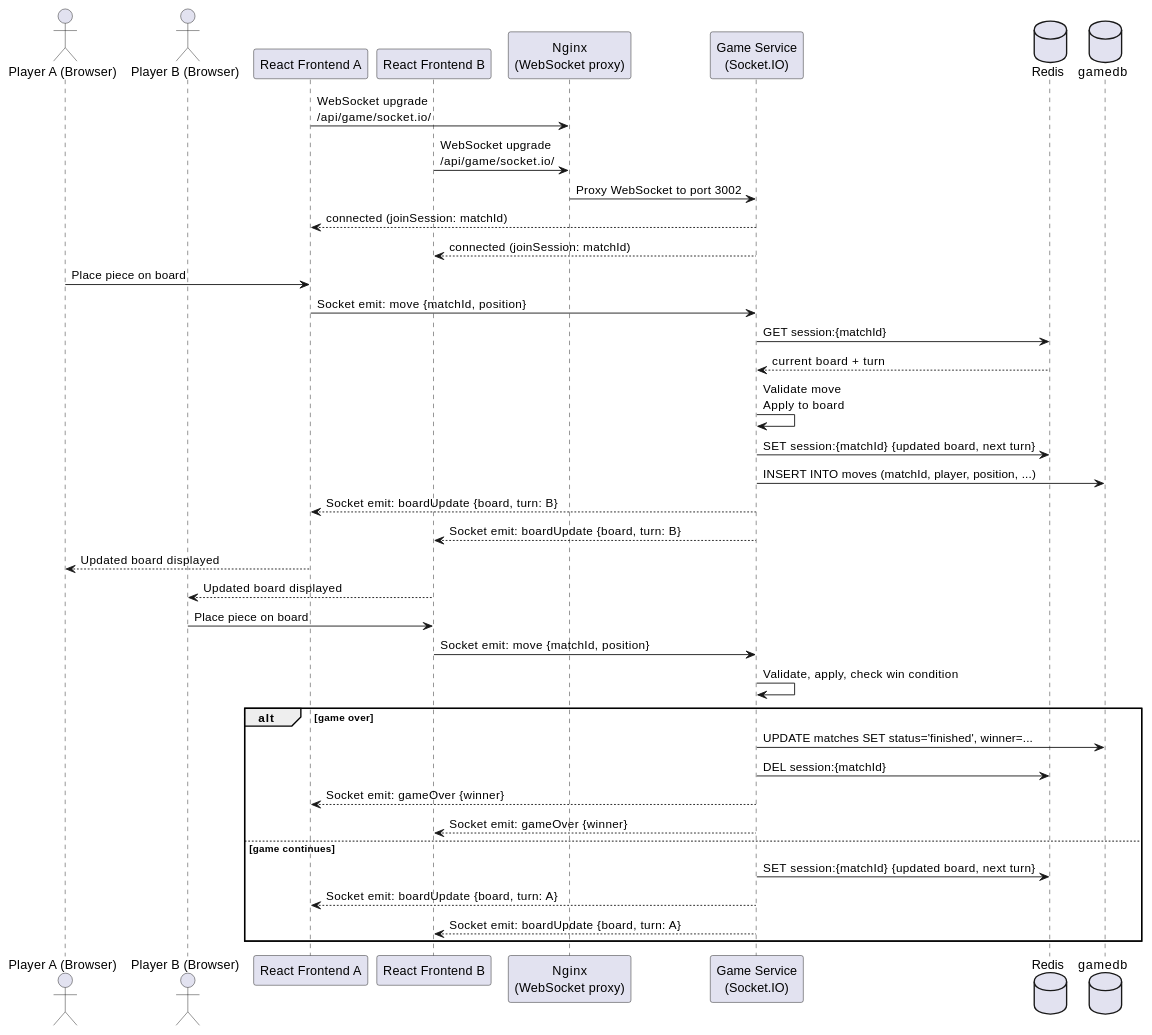
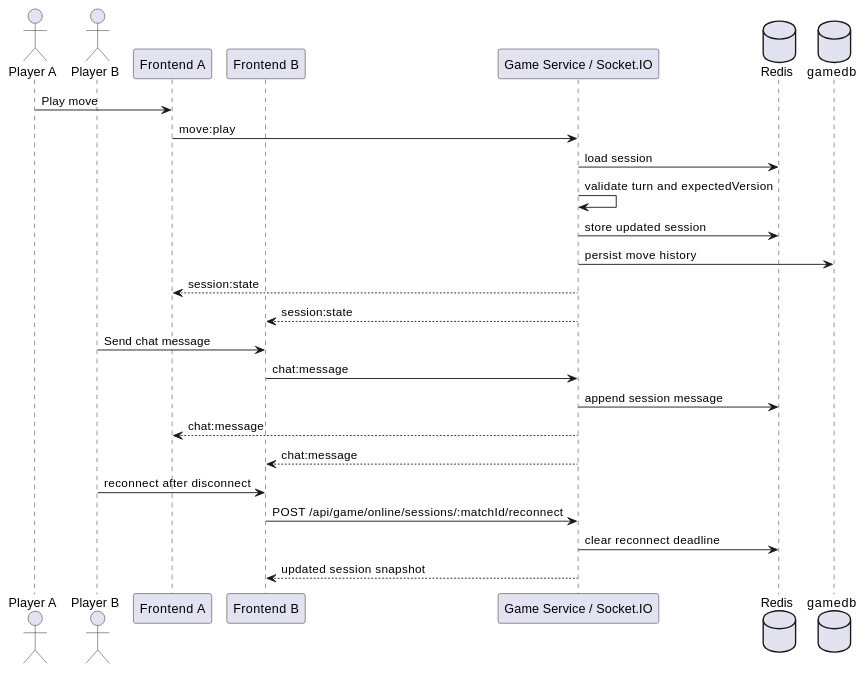
One commit to Arquisoft/yovi_es1c changed the seventh of 8 diagrams in docs/src/06_runtime_view.adoc. Above: the diagram before and after it, drawn with PlantUML. The commit also changed other lines of this file and 10 other files, not shown here.

```diff
--- a/docs/src/06_runtime_view.adoc
+++ b/docs/src/06_runtime_view.adoc
@@ -311,47 +199,30 @@
-[plantuml, "runtime-online-session", png]
+[plantuml, runtime-online-session, png]
 ----
-actor "Player A (Browser)" as PlayerA
-actor "Player B (Browser)" as PlayerB
-participant "React Frontend A" as FrontendA
-participant "React Frontend B" as FrontendB
-participant "Nginx\n(WebSocket proxy)" as Nginx
-participant "Game Service\n(Socket.IO)" as GameService
+actor "Player A" as PlayerA
+actor "Player B" as PlayerB
+participant "Frontend A" as FrontendA
+participant "Frontend B" as FrontendB
+participant "Game Service / Socket.IO" as GameService
 database "Redis" as Redis
 database "gamedb" as GameDB
 
-FrontendA -> Nginx: WebSocket upgrade\n/api/game/socket.io/
-FrontendB -> Nginx: WebSocket upgrade\n/api/game/socket.io/
-Nginx -> GameService: Proxy WebSocket to port 3002
-GameService --> FrontendA: connected (joinSession: matchId)
-GameService --> FrontendB: connected (joinSession: matchId)
+PlayerA -> FrontendA: Play move
+FrontendA -> GameService: move:play
+GameService -> Redis: load session
+GameService -> GameService: validate turn and expectedVersion
+GameService -> Redis: store updated session
+GameService -> GameDB: persist move history
+GameService --> FrontendA: session:state
+GameService --> FrontendB: session:state
 
-PlayerA -> FrontendA: Place piece on board
-FrontendA -> GameService: Socket emit: move {matchId, position}
+PlayerB -> FrontendB: Send chat message
+FrontendB -> GameService: chat:message
+GameService -> Redis: append session message
+GameService --> FrontendA: chat:message
+GameService --> FrontendB: chat:message
 
-GameService -> Redis: GET session:{matchId}
-Redis --> GameService: current board + turn
-GameService -> GameService: Validate move\nApply to board
-GameService -> Redis: SET session:{matchId} {updated board, next turn}
-GameService -> GameDB: INSERT INTO moves (matchId, player, position, ...)
-
-GameService --> FrontendA: Socket emit: boardUpdate {board, turn: B}
-GameService --> FrontendB: Socket emit: boardUpdate {board, turn: B}
-
-FrontendA --> PlayerA: Updated board displayed
-FrontendB --> PlayerB: Updated board displayed
-
-PlayerB -> FrontendB: Place piece on board
-FrontendB -> GameService: Socket emit: move {matchId, position}
-GameService -> GameService: Validate, apply, check win condition
-
-alt game over
-  GameService -> GameDB: UPDATE matches SET status='finished', winner=...
-  GameService -> Redis: DEL session:{matchId}
-  GameService --> FrontendA: Socket emit: gameOver {winner}
-  GameService --> FrontendB: Socket emit: gameOver {winner}
-else game continues
-  GameService -> Redis: SET session:{matchId} {updated board, next turn}
-  GameService --> FrontendA: Socket emit: boardUpdate {board, turn: A}
-  GameService --> FrontendB: Socket emit: boardUpdate {board, turn: A}
-end
+PlayerB -> FrontendB: reconnect after disconnect
+FrontendB -> GameService: POST /api/game/online/sessions/:matchId/reconnect
+GameService -> Redis: clear reconnect deadline
+GameService --> FrontendB: updated session snapshot
 ----
```
